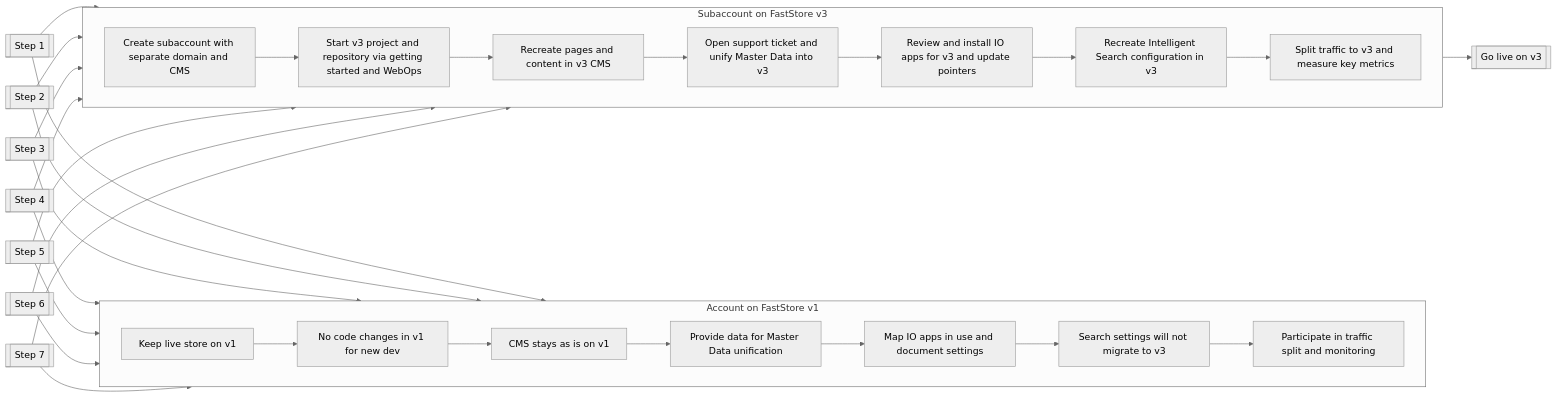
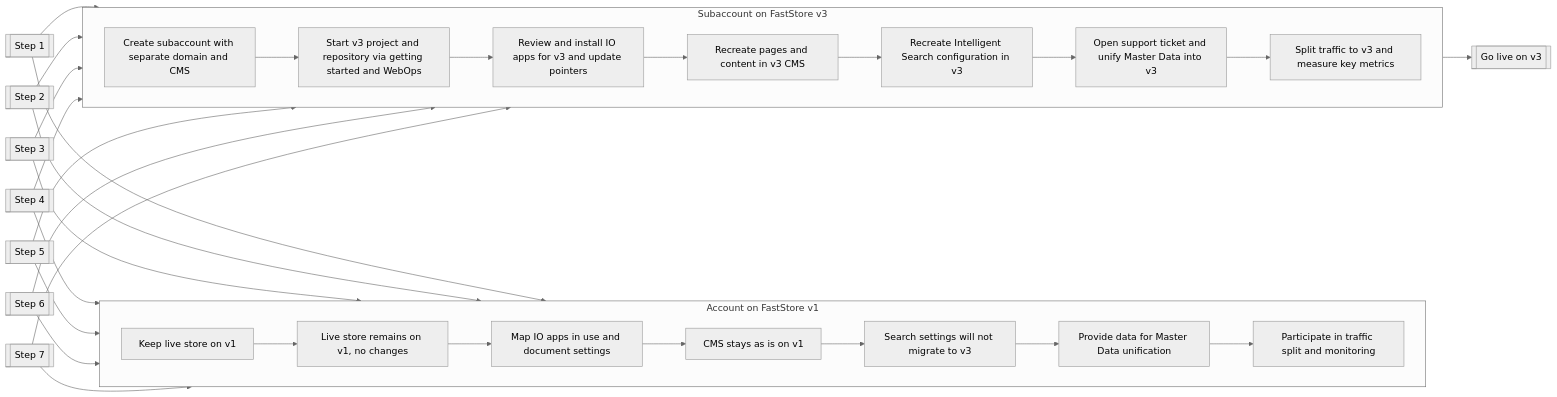
One commit to vtexdocs/dev-portal-content changed the diagram in docs/localization/migration-v1-to-v3.mdx. Above: the diagram before and after it, drawn with Mermaid (neutral theme). The commit also changed other lines of this file, not shown here.

Commit message:
Revise migration steps for FastStore v1 to v3

````diff
--- a/docs/localization/migration-v1-to-v3.mdx
+++ b/docs/localization/migration-v1-to-v3.mdx
@@ -14,48 +15,48 @@
 ```mermaid
 flowchart LR
 
 step1[[Step 1]]
 step2[[Step 2]]
 step3[[Step 3]]
 step4[[Step 4]]
 step5[[Step 5]]
 step6[[Step 6]]
 step7[[Step 7]]
 done[[Go live on v3]]
 
 subgraph L1[Account on FastStore v1]
 direction LR
-v1_s1[Keep live store on v1] --> v1_s2[No code changes in v1 for new dev]
-v1_s2 --> v1_s3[CMS stays as is on v1]
-v1_s3 --> v1_s4[Provide data for Master Data unification]
-v1_s4 --> v1_s5[Map IO apps in use and document settings]
-v1_s5 --> v1_s6[Search settings will not migrate to v3]
+v1_s1[Keep live store on v1] --> v1_s2[Live store remains on v1, no changes]
+v1_s2 --> v1_s3[Map IO apps in use and document settings]
+v1_s3 --> v1_s4[CMS stays as is on v1]
+v1_s4 --> v1_s5[Search settings will not migrate to v3]
+v1_s5 --> v1_s6[Provide data for Master Data unification]
 v1_s6 --> v1_s7[Participate in traffic split and monitoring]
 end
 
 subgraph L2[Subaccount on FastStore v3]
 direction LR 
 v3_s1[Create subaccount with separate domain and CMS] --> v3_s2[Start v3 project and repository via getting started and WebOps]
-v3_s2 --> v3_s3[Recreate pages and content in v3 CMS]
-v3_s3 --> v3_s4[Open support ticket and unify Master Data into v3]
-v3_s4 --> v3_s5[Review and install IO apps for v3 and update pointers]
-v3_s5 --> v3_s6[Recreate Intelligent Search configuration in v3]
+v3_s2 --> v3_s3[Review and install IO apps for v3 and update pointers]
+v3_s3 --> v3_s4[Recreate pages and content in v3 CMS]
+v3_s4 --> v3_s5[Recreate Intelligent Search configuration in v3]
+v3_s5 --> v3_s6[Open support ticket and unify Master Data into v3]
 v3_s6 --> v3_s7[Split traffic to v3 and measure key metrics]
 end
 
 step1 --> v1_s1
 step1 --> v3_s1
 step2 --> v1_s2
 step2 --> v3_s2
 step3 --> v1_s3
 step3 --> v3_s3
 step4 --> v1_s4
 step4 --> v3_s4
 step5 --> v1_s5
 step5 --> v3_s5
 step6 --> v1_s6
 step6 --> v3_s6
 step7 --> v1_s7
 step7 --> v3_s7
 v3_s7 --> done
 ```
````
